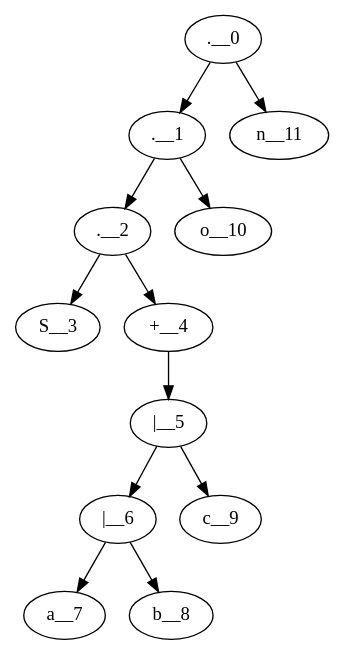
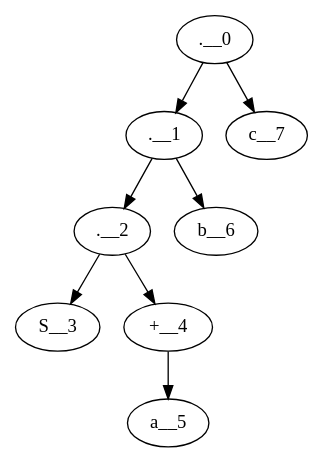
Before and after one commit to Daniel-Sima/Clone-of-the-egrep-UNIX-command: the diagram in arbre_syntaxique.dot, drawn with Graphviz. The commit also changed 5 other files, not shown here.

```diff
--- a/arbre_syntaxique.dot
+++ b/arbre_syntaxique.dot
@@ -1,13 +1,9 @@
 digraph {
 	".__0"->".__1"
 	".__1"->".__2"
 	".__2"->S__3
 	".__2"->"+__4"
-	"+__4"->"|__5"
-	"|__5"->"|__6"
-	"|__6"->a__7
-	"|__6"->b__8
-	"|__5"->c__9
-	".__1"->o__10
-	".__0"->n__11
+	"+__4"->a__5
+	".__1"->b__6
+	".__0"->c__7
 }
```
